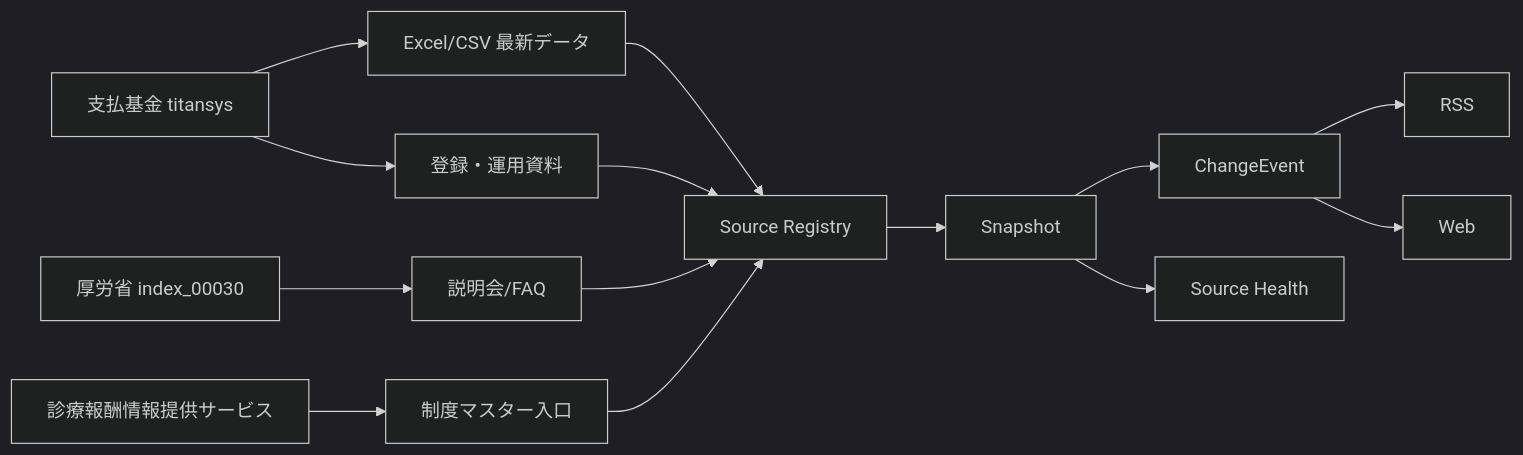
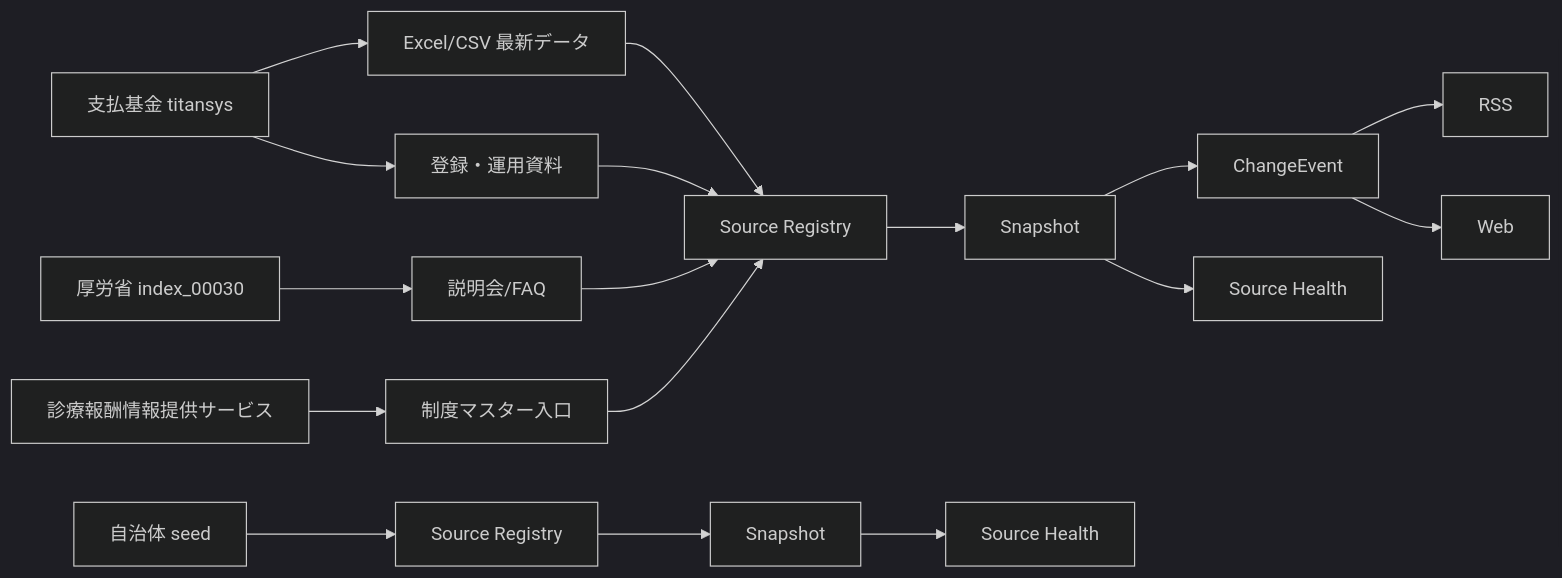
The diagram in docs/information-scope.md (ryugen04/chitan-watch), drawn with Mermaid (dark theme) before and after one commit. The commit also changed other lines of this file and 6 other files, not shown here.

Commit message:
Add municipality seed source health

````diff
--- a/docs/information-scope.md
+++ b/docs/information-scope.md
@@ -81,16 +89,19 @@
 ```mermaid
 flowchart LR
   A[支払基金 titansys] --> B[Excel/CSV 最新データ]
   A --> C[登録・運用資料]
   D[厚労省 index_00030] --> E[説明会/FAQ]
   F[診療報酬情報提供サービス] --> G[制度マスター入口]
   B --> H[Source Registry]
   C --> H
   E --> H
   G --> H
   H --> I[Snapshot]
   I --> J[ChangeEvent]
   J --> K[RSS]
   J --> L[Web]
   I --> M[Source Health]
+  N[自治体 seed] --> O[Source Registry]
+  O --> P[Snapshot]
+  P --> Q[Source Health]
 ```
````
